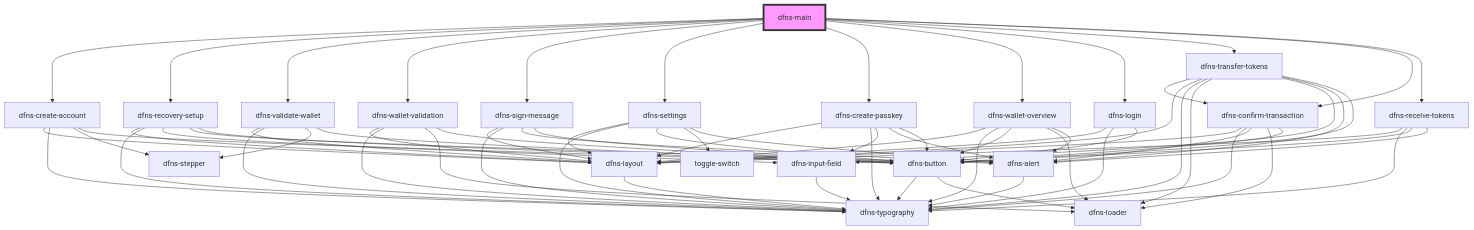
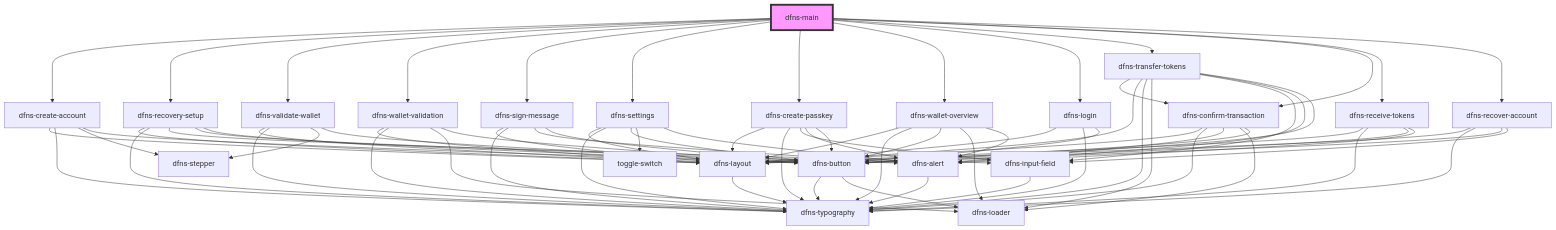
The diagram in src/components/Pages/dfns-main/readme.md (dfnsext/web-ui), drawn with Mermaid before and after one commit. The commit also changed other lines of this file and 8 other files, not shown here.

Commit message:
WIP - Recover account UI

````diff
--- a/src/components/Pages/dfns-main/readme.md
+++ b/src/components/Pages/dfns-main/readme.md
@@ -39,76 +40,81 @@
 ```mermaid
 graph TD;
   dfns-main --> dfns-create-account
   dfns-main --> dfns-recovery-setup
   dfns-main --> dfns-validate-wallet
   dfns-main --> dfns-wallet-validation
   dfns-main --> dfns-sign-message
   dfns-main --> dfns-settings
   dfns-main --> dfns-create-passkey
   dfns-main --> dfns-wallet-overview
   dfns-main --> dfns-login
   dfns-main --> dfns-transfer-tokens
   dfns-main --> dfns-confirm-transaction
   dfns-main --> dfns-receive-tokens
+  dfns-main --> dfns-recover-account
   dfns-create-account --> dfns-layout
   dfns-create-account --> dfns-typography
   dfns-create-account --> dfns-stepper
   dfns-create-account --> dfns-button
   dfns-layout --> dfns-typography
   dfns-button --> dfns-typography
   dfns-button --> dfns-loader
   dfns-recovery-setup --> dfns-layout
   dfns-recovery-setup --> dfns-typography
   dfns-recovery-setup --> dfns-input-field
   dfns-recovery-setup --> dfns-alert
   dfns-recovery-setup --> dfns-button
   dfns-input-field --> dfns-typography
   dfns-alert --> dfns-typography
   dfns-validate-wallet --> dfns-layout
   dfns-validate-wallet --> dfns-typography
   dfns-validate-wallet --> dfns-stepper
   dfns-validate-wallet --> dfns-button
   dfns-wallet-validation --> dfns-layout
   dfns-wallet-validation --> dfns-typography
   dfns-wallet-validation --> dfns-loader
   dfns-wallet-validation --> dfns-button
   dfns-sign-message --> dfns-layout
   dfns-sign-message --> dfns-typography
   dfns-sign-message --> dfns-alert
   dfns-sign-message --> dfns-button
   dfns-settings --> dfns-layout
   dfns-settings --> dfns-typography
   dfns-settings --> dfns-button
   dfns-settings --> toggle-switch
   dfns-settings --> dfns-alert
   dfns-create-passkey --> dfns-layout
   dfns-create-passkey --> dfns-typography
   dfns-create-passkey --> dfns-input-field
   dfns-create-passkey --> dfns-alert
   dfns-create-passkey --> dfns-button
   dfns-wallet-overview --> dfns-layout
   dfns-wallet-overview --> dfns-typography
   dfns-wallet-overview --> dfns-button
   dfns-wallet-overview --> dfns-loader
   dfns-wallet-overview --> dfns-alert
   dfns-login --> dfns-layout
   dfns-login --> dfns-typography
   dfns-login --> dfns-button
   dfns-transfer-tokens --> dfns-confirm-transaction
   dfns-transfer-tokens --> dfns-layout
   dfns-transfer-tokens --> dfns-typography
   dfns-transfer-tokens --> dfns-loader
   dfns-transfer-tokens --> dfns-input-field
   dfns-transfer-tokens --> dfns-alert
   dfns-transfer-tokens --> dfns-button
   dfns-confirm-transaction --> dfns-layout
   dfns-confirm-transaction --> dfns-typography
   dfns-confirm-transaction --> dfns-alert
   dfns-confirm-transaction --> dfns-loader
   dfns-confirm-transaction --> dfns-button
   dfns-receive-tokens --> dfns-layout
   dfns-receive-tokens --> dfns-typography
   dfns-receive-tokens --> dfns-button
   dfns-receive-tokens --> dfns-alert
+  dfns-recover-account --> dfns-layout
+  dfns-recover-account --> dfns-typography
+  dfns-recover-account --> dfns-button
+  dfns-recover-account --> dfns-input-field
   style dfns-main fill:#f9f,stroke:#333,stroke-width:4px
 ```
````
